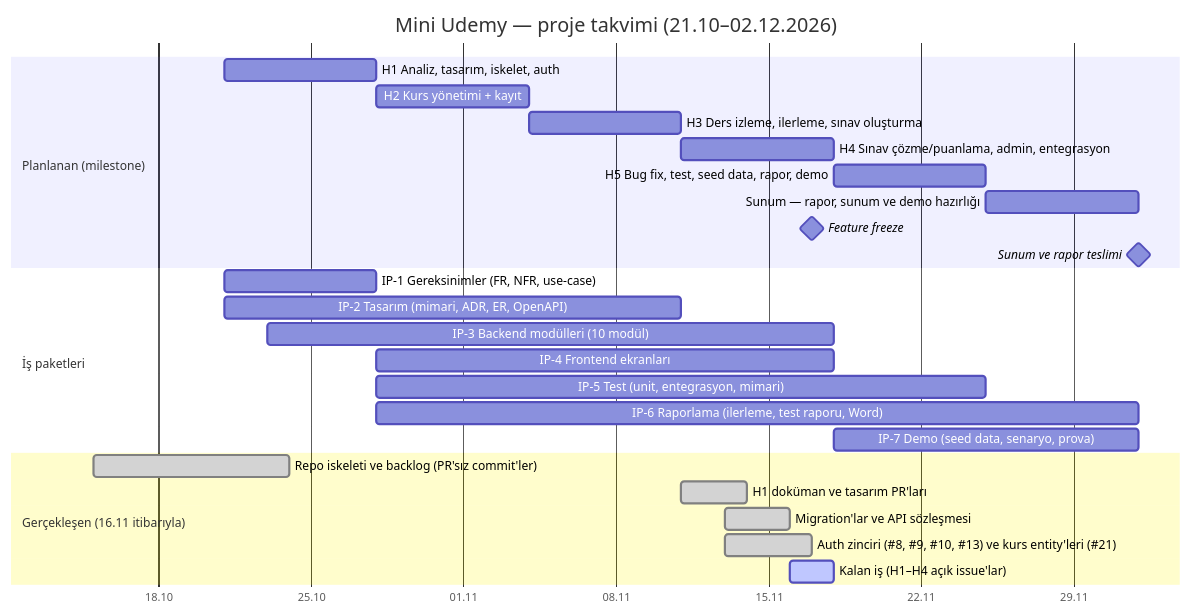
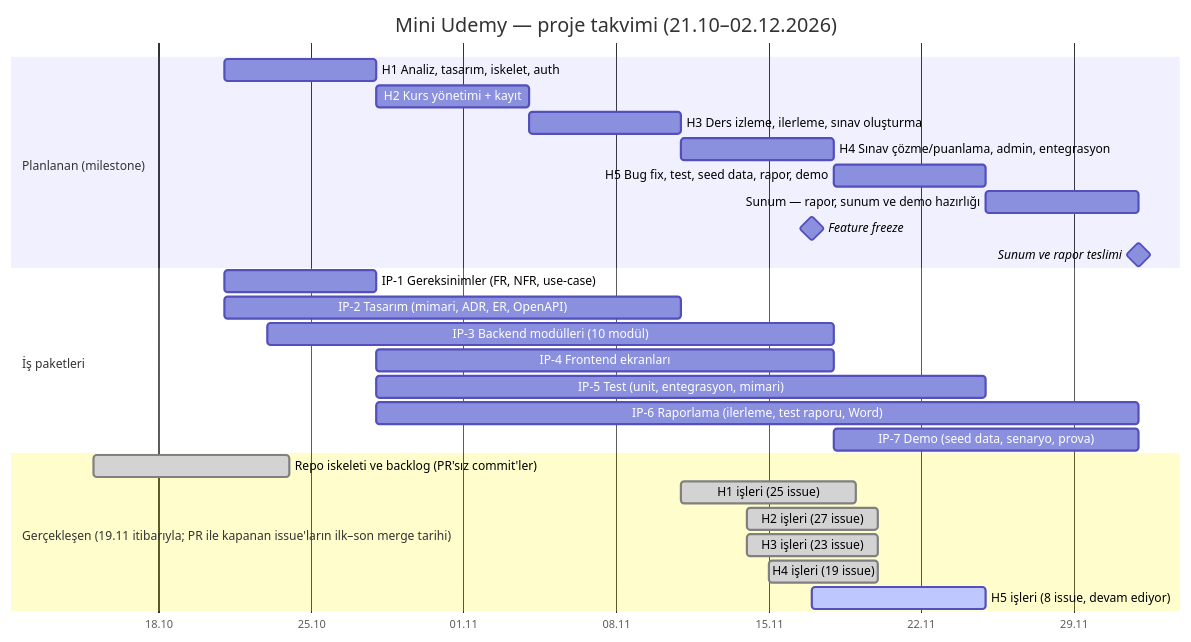
The diagram in docs/plan.md (Bertanokt/mini-udemy), drawn with Mermaid before and after one commit. The commit also changed other lines of this file and 2 other files, not shown here.

First line of the commit message:
docs(#104): rapor bölüm 5–8 taslağı; Gantt ve plan 19.11 verisiyle

````diff
--- a/docs/plan.md
+++ b/docs/plan.md
@@ -19,32 +19,33 @@
 ```mermaid
 gantt
     title Mini Udemy — proje takvimi (21.10–02.12.2026)
     dateFormat  YYYY-MM-DD
     axisFormat  %d.%m
 
     section Planlanan (milestone)
     H1 Analiz, tasarım, iskelet, auth            :h1, 2026-10-21, 2026-10-28
     H2 Kurs yönetimi + kayıt                      :h2, 2026-10-28, 2026-11-04
     H3 Ders izleme, ilerleme, sınav oluşturma     :h3, 2026-11-04, 2026-11-11
     H4 Sınav çözme/puanlama, admin, entegrasyon   :h4, 2026-11-11, 2026-11-18
     H5 Bug fix, test, seed data, rapor, demo      :h5, 2026-11-18, 2026-11-25
     Sunum — rapor, sunum ve demo hazırlığı        :s1, 2026-11-25, 2026-12-02
     Feature freeze                                :milestone, ff, 2026-11-17, 0d
     Sunum ve rapor teslimi                        :milestone, t1, 2026-12-02, 0d
 
     section İş paketleri
     IP-1 Gereksinimler (FR, NFR, use-case)        :ip1, 2026-10-21, 2026-10-28
     IP-2 Tasarım (mimari, ADR, ER, OpenAPI)       :ip2, 2026-10-21, 2026-11-11
     IP-3 Backend modülleri (10 modül)             :ip3, 2026-10-23, 2026-11-18
     IP-4 Frontend ekranları                       :ip4, 2026-10-28, 2026-11-18
     IP-5 Test (unit, entegrasyon, mimari)         :ip5, 2026-10-28, 2026-11-25
     IP-6 Raporlama (ilerleme, test raporu, Word)  :ip6, 2026-10-28, 2026-12-02
     IP-7 Demo (seed data, senaryo, prova)         :ip7, 2026-11-18, 2026-12-02
 
-    section Gerçekleşen (16.11 itibarıyla)
+    section Gerçekleşen (19.11 itibarıyla; PR ile kapanan issue'ların ilk–son merge tarihi)
     Repo iskeleti ve backlog (PR'sız commit'ler)  :done, g0, 2026-10-15, 2026-10-24
-    H1 doküman ve tasarım PR'ları                 :done, g1, 2026-11-11, 2026-11-14
-    Migration'lar ve API sözleşmesi               :done, g2, 2026-11-13, 2026-11-16
-    Auth zinciri (#8, #9, #10, #13) ve kurs entity'leri (#21) :done, g3, 2026-11-13, 2026-11-17
-    Kalan iş (H1–H4 açık issue'lar)               :active, g4, 2026-11-16, 2026-11-18
+    H1 işleri (25 issue)                          :done, g1, 2026-11-11, 2026-11-19
+    H2 işleri (27 issue)                          :done, g2, 2026-11-14, 2026-11-20
+    H3 işleri (23 issue)                          :done, g3, 2026-11-14, 2026-11-20
+    H4 işleri (19 issue)                          :done, g4, 2026-11-15, 2026-11-20
+    H5 işleri (8 issue, devam ediyor)             :active, g5, 2026-11-17, 2026-11-25
 ```
````
